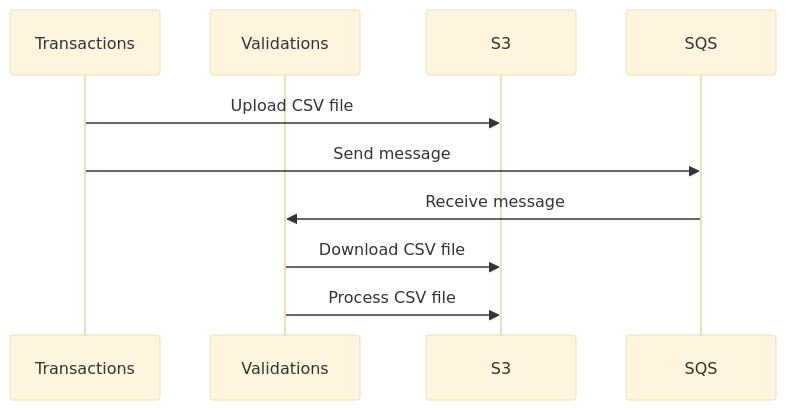
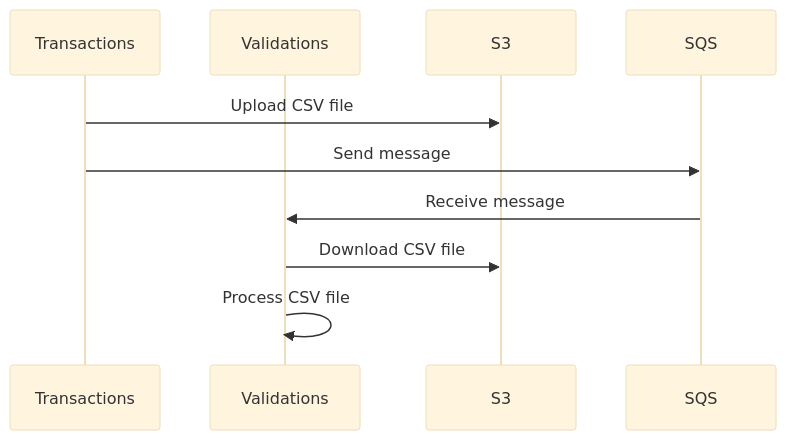
Before and after one commit to juandaabril/programming-exercises: the diagram in aws-sqs/README.md, drawn with Mermaid (base theme). The commit also changed 33 other files, not shown here.

````diff
--- a/aws-sqs/README.md
+++ b/aws-sqs/README.md
@@ -18,13 +18,13 @@
 ```mermaid
 sequenceDiagram
   participant Transactions
   participant Validations
   participant S3
   participant SQS
 
   Transactions->>S3: Upload CSV file
   Transactions->>SQS: Send message
   SQS->>Validations: Receive message
   Validations->>S3: Download CSV file
-  Validations->>S3: Process CSV file
+  Validations->>Validations: Process CSV file
 ```
````
